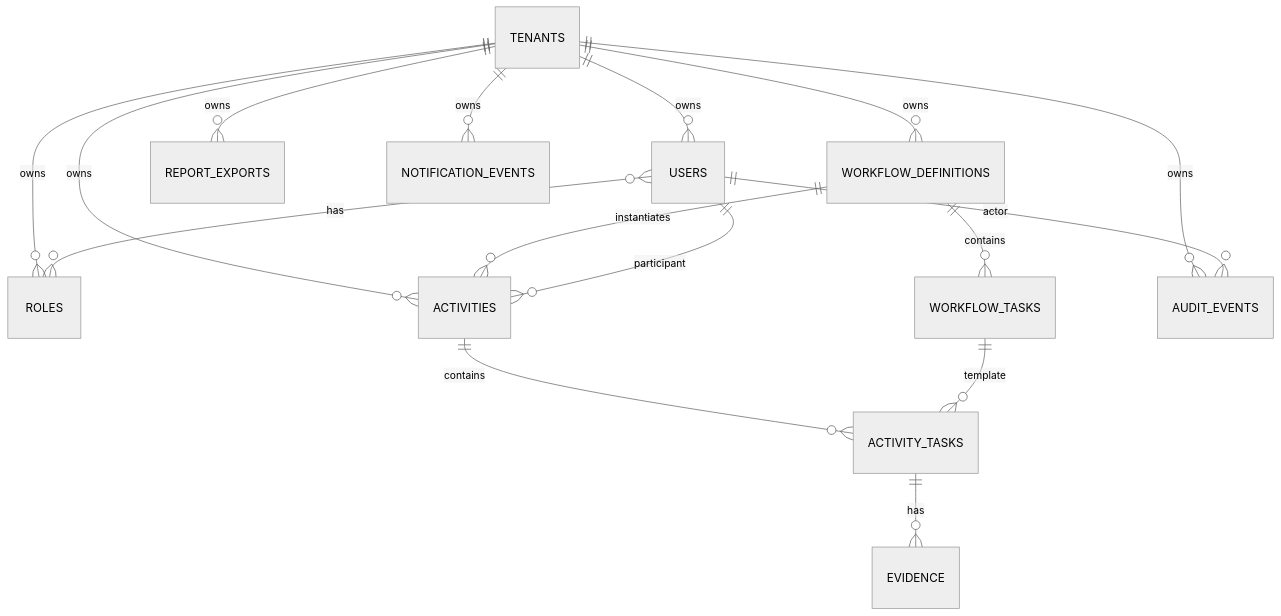
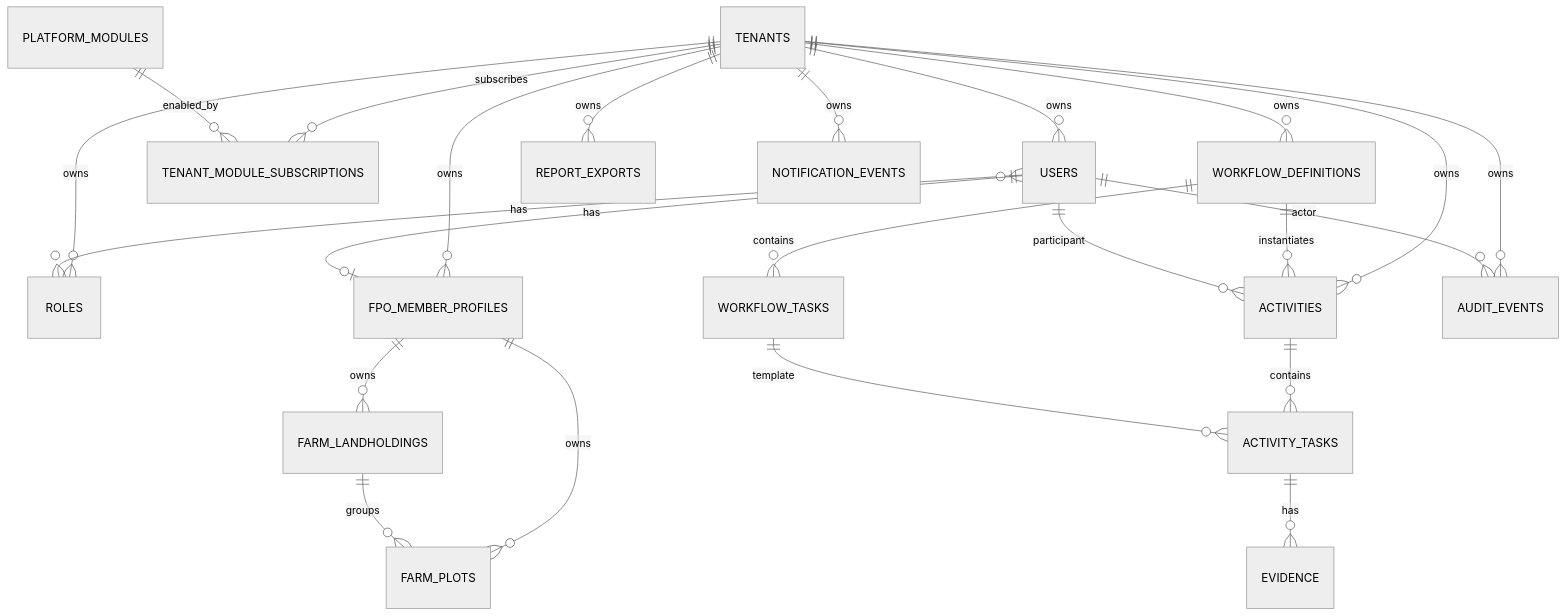
The fifth of 11 diagrams in docs/architecture.md (korearun5/activity-compliance), drawn with Mermaid (neutral theme) before and after one commit. The commit also changed other lines of this file and 165 other files, not shown here.

````diff
--- a/docs/architecture.md
+++ b/docs/architecture.md
@@ -169,18 +192,25 @@
 ```mermaid
 erDiagram
     TENANTS ||--o{ USERS : owns
     TENANTS ||--o{ ROLES : owns
     USERS }o--o{ ROLES : has
+    TENANTS ||--o{ TENANT_MODULE_SUBSCRIPTIONS : subscribes
+    PLATFORM_MODULES ||--o{ TENANT_MODULE_SUBSCRIPTIONS : enabled_by
+    TENANTS ||--o{ FPO_MEMBER_PROFILES : owns
+    USERS ||--o| FPO_MEMBER_PROFILES : has
+    FPO_MEMBER_PROFILES ||--o{ FARM_LANDHOLDINGS : owns
+    FPO_MEMBER_PROFILES ||--o{ FARM_PLOTS : owns
+    FARM_LANDHOLDINGS ||--o{ FARM_PLOTS : groups
     TENANTS ||--o{ WORKFLOW_DEFINITIONS : owns
     WORKFLOW_DEFINITIONS ||--o{ WORKFLOW_TASKS : contains
     TENANTS ||--o{ ACTIVITIES : owns
     WORKFLOW_DEFINITIONS ||--o{ ACTIVITIES : instantiates
     USERS ||--o{ ACTIVITIES : participant
     ACTIVITIES ||--o{ ACTIVITY_TASKS : contains
     WORKFLOW_TASKS ||--o{ ACTIVITY_TASKS : template
     ACTIVITY_TASKS ||--o{ EVIDENCE : has
     TENANTS ||--o{ AUDIT_EVENTS : owns
     USERS ||--o{ AUDIT_EVENTS : actor
     TENANTS ||--o{ REPORT_EXPORTS : owns
     TENANTS ||--o{ NOTIFICATION_EVENTS : owns
 ```
````
